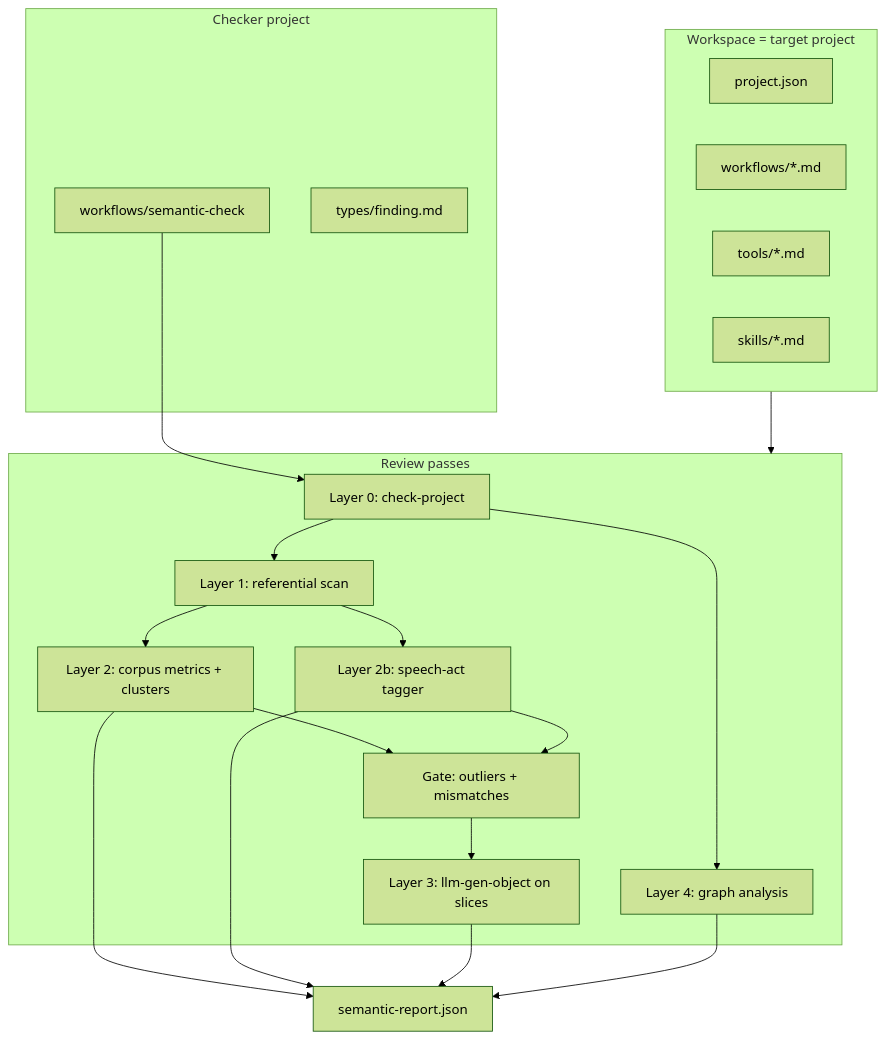
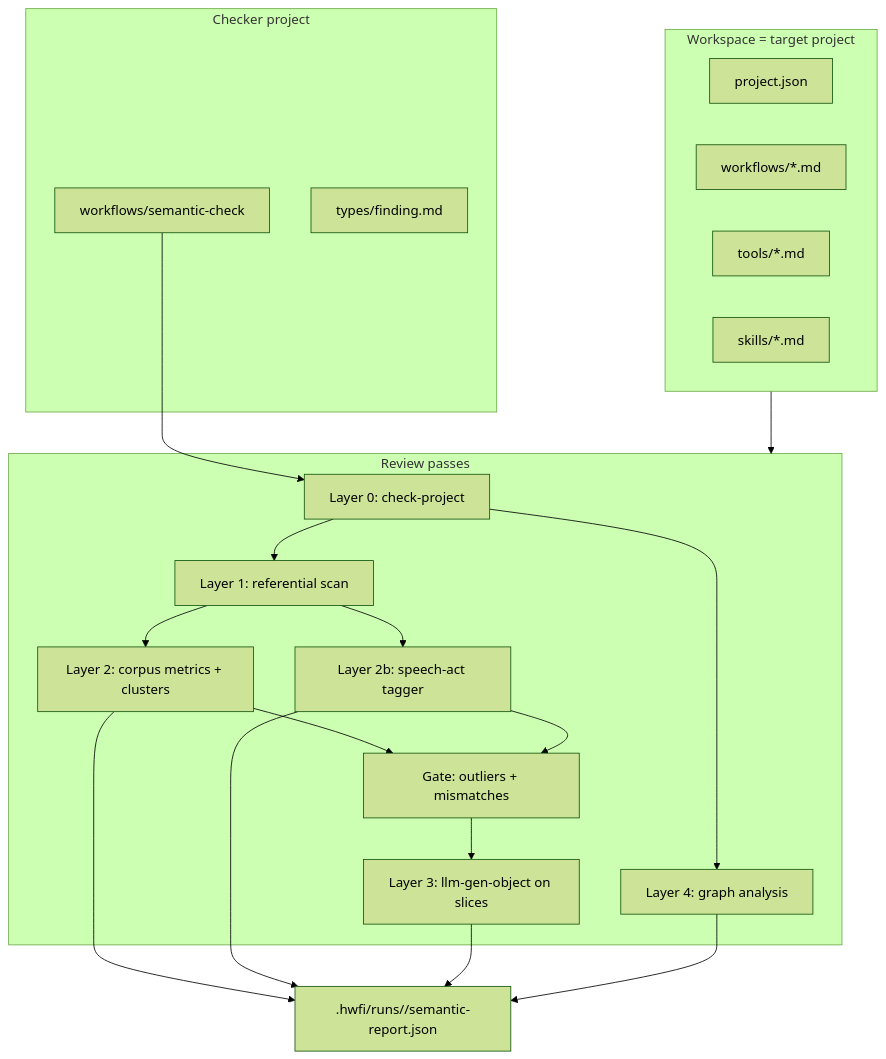
Before and after one commit to aische/hwfi: the diagram in docs/semantic-check-design.md, drawn with Mermaid (forest theme). The commit also changed other lines of this file and 6 other files, not shown here.

Commit message:
store semantic-report in run folder

````diff
--- a/docs/semantic-check-design.md
+++ b/docs/semantic-check-design.md
@@ -52,38 +52,38 @@
 ```mermaid
 flowchart TB
   subgraph checker [Checker project]
     WF["workflows/semantic-check"]
     SCH["types/finding.md"]
   end
 
   subgraph target [Workspace = target project]
     P["project.json"]
     W["workflows/*.md"]
     T["tools/*.md"]
     S["skills/*.md"]
   end
 
   subgraph passes [Review passes]
     L0["Layer 0: check-project"]
     L1["Layer 1: referential scan"]
     L2["Layer 2: corpus metrics + clusters"]
     L2b["Layer 2b: speech-act tagger"]
     GATE["Gate: outliers + mismatches"]
     L3["Layer 3: llm-gen-object on slices"]
     L4["Layer 4: graph analysis"]
   end
 
   WF --> L0
   L0 --> L1
   L1 --> L2
   L1 --> L2b
   L0 --> L4
   L2 --> GATE
   L2b --> GATE
   GATE --> L3
-  L2 --> OUT["semantic-report.json"]
+  L2 --> OUT[".hwfi/runs/<run-id>/semantic-report.json"]
   L2b --> OUT
   L3 --> OUT
   L4 --> OUT
   target --> passes
 ```
````
